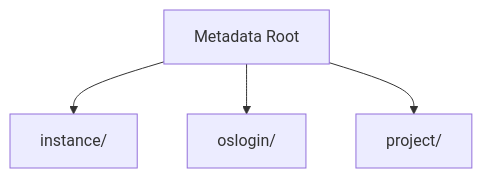
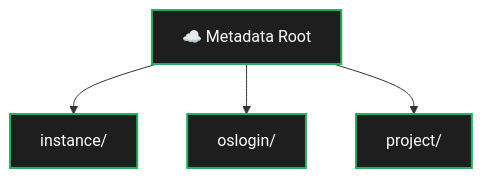
The sixth of 13 diagrams in Cloud_Security/Compute Engine Intrusion/solution.md (ashrithpeechara/infinity_learning), drawn with Mermaid before and after one commit. The commit also changed other lines of this file, not shown here.

````diff
--- a/Cloud_Security/Compute Engine Intrusion/solution.md
+++ b/Cloud_Security/Compute Engine Intrusion/solution.md
@@ -119,6 +149,8 @@
 ```mermaid
 flowchart TD
-    A[Metadata Root] --> B[instance/]
-    A --> C[oslogin/]
-    A --> D[project/]
+    A["☁️ Metadata Root"] --> B["instance/"]
+    A --> C["oslogin/"]
+    A --> D["project/"]
+
+    classDef default fill:#1e1e1e,stroke:#27ae60,color:#ffffff,stroke-width:2px;
 ```
````
